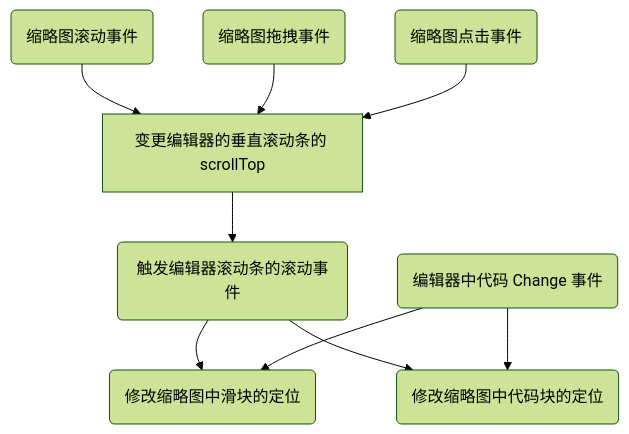
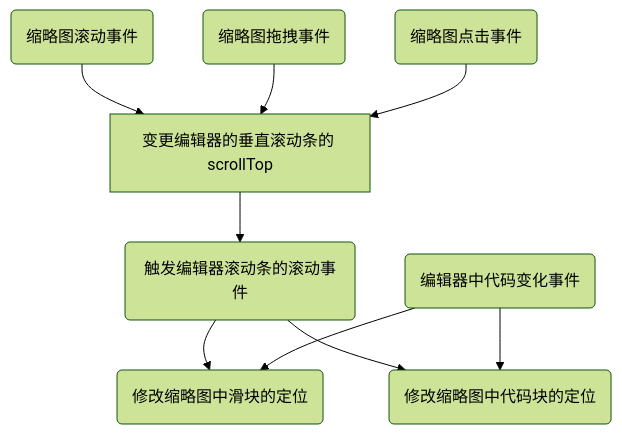
Before and after one commit to swlws/blog: the diagram in 202309/minimap/readme.md, drawn with Mermaid (forest theme). The commit also changed other lines of this file and 1 other file, not shown here.

Commit message:
feat: 缩略图

````diff
--- a/202309/minimap/readme.md
+++ b/202309/minimap/readme.md
@@ -35,11 +35,11 @@
 ```mermaid
 graph TB
   a(缩略图滚动事件) --> b[变更编辑器的垂直滚动条的 scrollTop]
   c(缩略图拖拽事件) --> b
   d(缩略图点击事件) --> b
   b --> e(触发编辑器滚动条的滚动事件)
   e --> f(修改缩略图中滑块的定位)
   e --> h(修改缩略图中代码块的定位)
-  i(编辑器中代码 Change 事件) --> f
+  i(编辑器中代码变化事件) --> f
   i --> h
 ```
````
